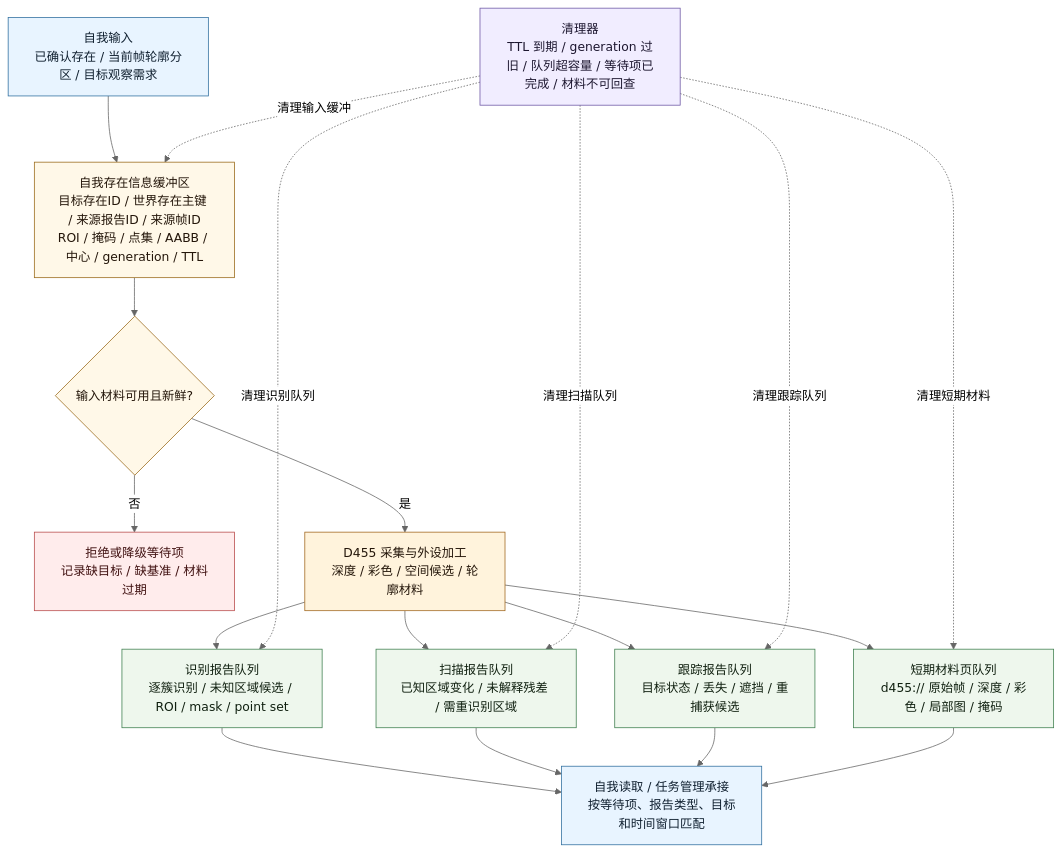
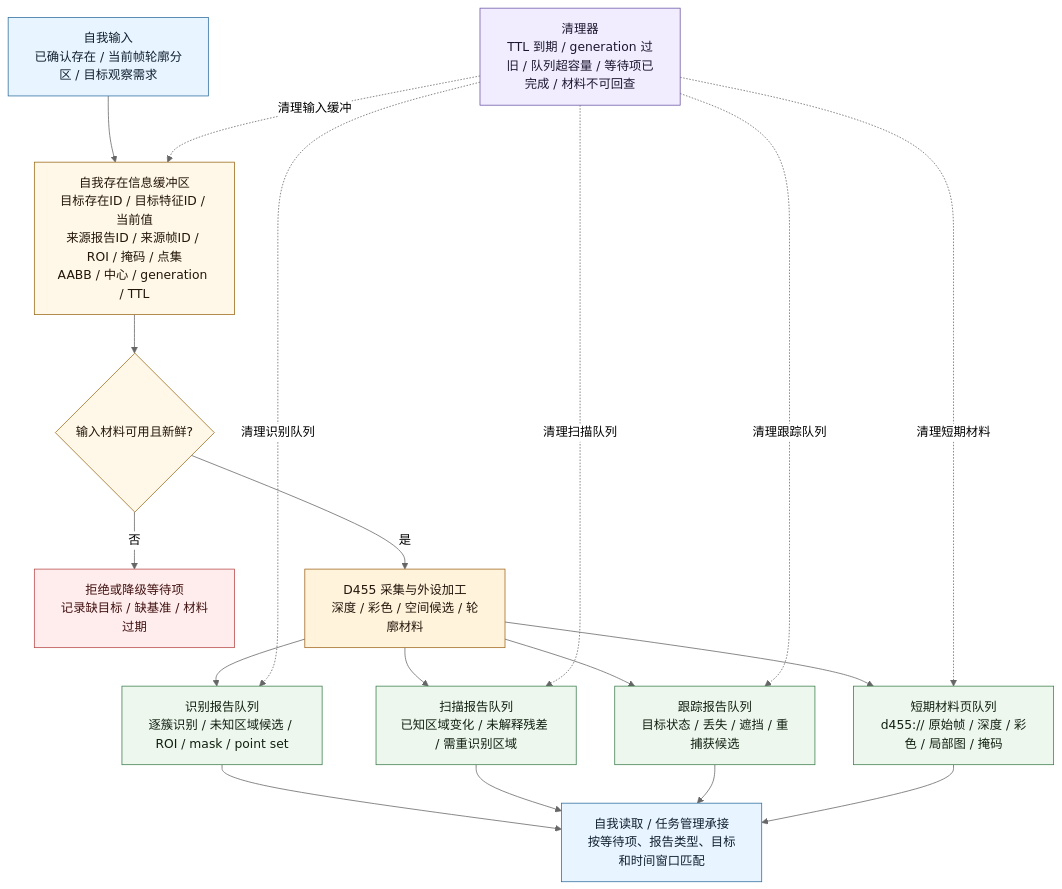
The second of 3 diagrams in 流程图/20260606_自我外设交互流程图_v0.1.md (chunhaizh-cyber/Birthplace-of-digital-civilization), drawn with Mermaid (neutral theme) before and after one commit. The commit also changed other lines of this file and 5 other files, not shown here.

````diff
--- a/流程图/20260606_自我外设交互流程图_v0.1.md
+++ b/流程图/20260606_自我外设交互流程图_v0.1.md
@@ -142,41 +142,41 @@
 ```mermaid
 flowchart TB
     A["自我输入<br/>已确认存在 / 当前帧轮廓分区 / 目标观察需求"]
-    B["自我存在信息缓冲区<br/>目标存在ID / 世界存在主键 / 来源报告ID / 来源帧ID<br/>ROI / 掩码 / 点集 / AABB / 中心 / generation / TTL"]
+    B["自我存在信息缓冲区<br/>目标存在ID / 目标特征ID / 当前值<br/>来源报告ID / 来源帧ID / ROI / 掩码 / 点集<br/>AABB / 中心 / generation / TTL"]
     C{"输入材料可用且新鲜?"}
     D["拒绝或降级等待项<br/>记录缺目标 / 缺基准 / 材料过期"]
     E["D455 采集与外设加工<br/>深度 / 彩色 / 空间候选 / 轮廓材料"]
     F["识别报告队列<br/>逐簇识别 / 未知区域候选 / ROI / mask / point set"]
     G["扫描报告队列<br/>已知区域变化 / 未解释残差 / 需重识别区域"]
     H["跟踪报告队列<br/>目标状态 / 丢失 / 遮挡 / 重捕获候选"]
     I["短期材料页队列<br/>d455:// 原始帧 / 深度 / 彩色 / 局部图 / 掩码"]
     J["自我读取 / 任务管理承接<br/>按等待项、报告类型、目标和时间窗口匹配"]
     K["清理器<br/>TTL 到期 / generation 过旧 / 队列超容量 / 等待项已完成 / 材料不可回查"]
 
     A --> B --> C
     C -->|否| D
     C -->|是| E
     E --> F --> J
     E --> G --> J
     E --> H --> J
     E --> I --> J
     K -.清理输入缓冲.-> B
     K -.清理识别队列.-> F
     K -.清理扫描队列.-> G
     K -.清理跟踪队列.-> H
     K -.清理短期材料.-> I
 
     classDef self fill:#e8f4ff,stroke:#2f6f9f,color:#102030;
     classDef buffer fill:#fff8e8,stroke:#9a6a1a,color:#24160a;
     classDef d455 fill:#fff3dc,stroke:#a0671e,color:#24160a;
     classDef queue fill:#eef7ed,stroke:#3f7f4f,color:#102010;
     classDef cleaner fill:#f1edff,stroke:#6c56a4,color:#1d1730;
     classDef gap fill:#ffecec,stroke:#b84a4a,color:#401111;
 
     class A,J self;
     class B,C buffer;
     class E d455;
     class F,G,H,I queue;
     class K cleaner;
     class D gap;
 ```
````
